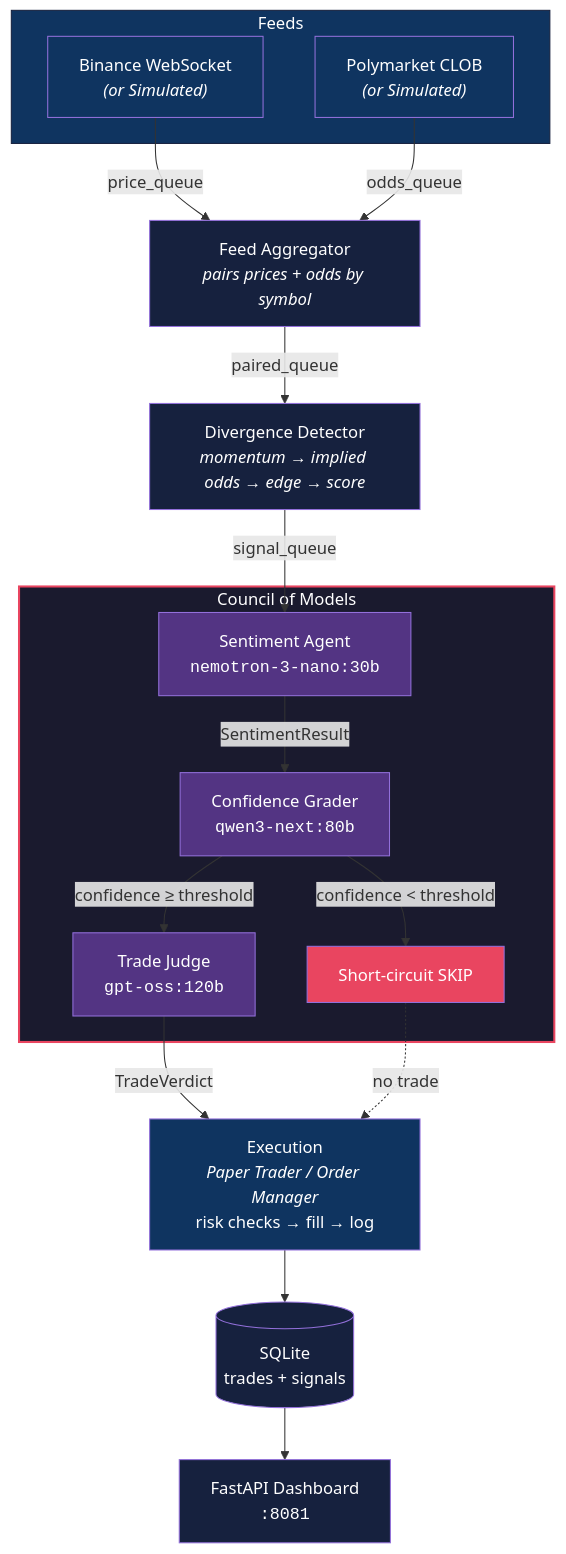
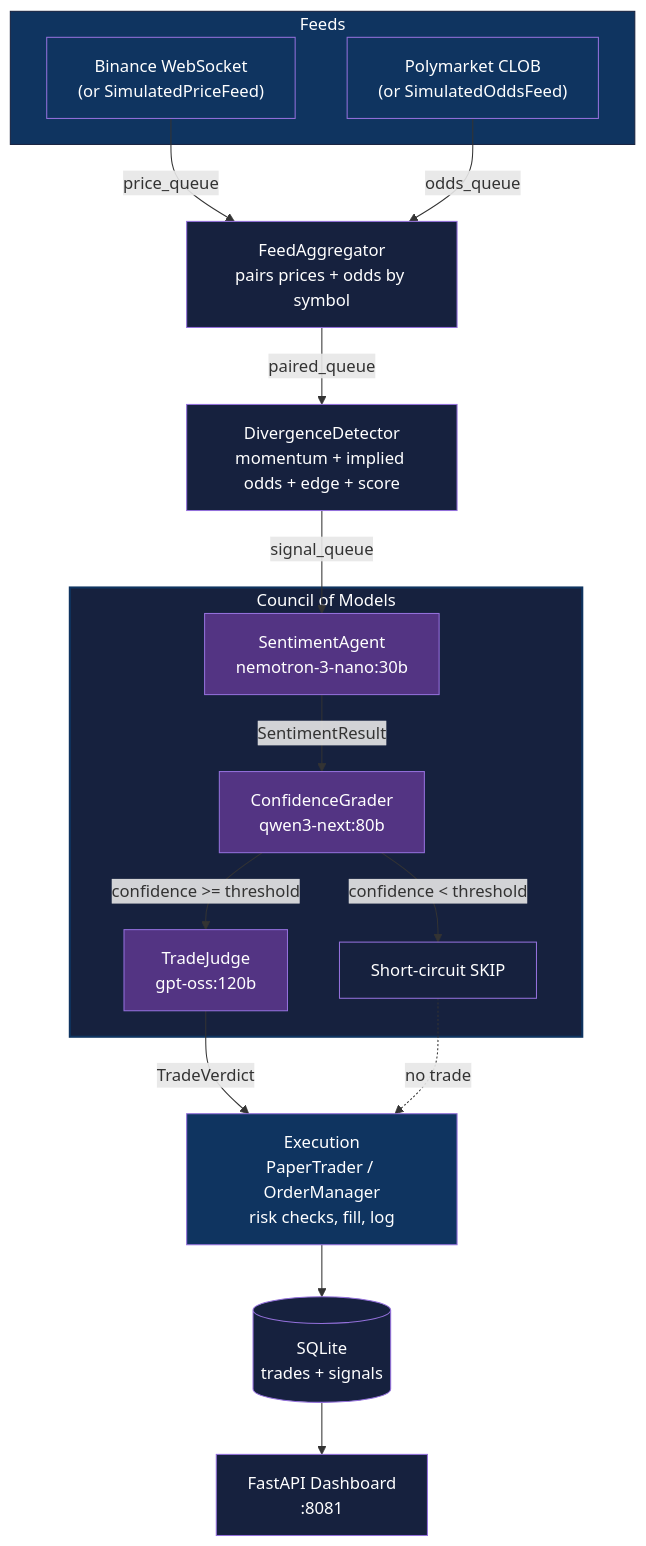
Before and after one commit to adityonugrohoid/polymarket-agent: the diagram in README.md, drawn with Mermaid. The commit also changed other lines of this file, not shown here.

````diff
--- a/README.md
+++ b/README.md
@@ -78,40 +78,40 @@
 ```mermaid
 graph TD
     subgraph Feeds
-        B["Binance WebSocket<br/><i>(or Simulated)</i>"]
-        P["Polymarket CLOB<br/><i>(or Simulated)</i>"]
+        B["Binance WebSocket<br/>(or SimulatedPriceFeed)"]
+        P["Polymarket CLOB<br/>(or SimulatedOddsFeed)"]
     end
 
-    B -->|price_queue| FA["Feed Aggregator<br/><i>pairs prices + odds by symbol</i>"]
+    B -->|price_queue| FA["FeedAggregator<br/>pairs prices + odds by symbol"]
     P -->|odds_queue| FA
 
-    FA -->|paired_queue| DD["Divergence Detector<br/><i>momentum → implied odds → edge → score</i>"]
+    FA -->|paired_queue| DD["DivergenceDetector<br/>momentum + implied odds + edge + score"]
 
-    DD -->|signal_queue| S["Sentiment Agent<br/><code>nemotron-3-nano:30b</code>"]
+    DD -->|signal_queue| S["SentimentAgent<br/>nemotron-3-nano:30b"]
 
     subgraph Council["Council of Models"]
-        S -->|SentimentResult| C["Confidence Grader<br/><code>qwen3-next:80b</code>"]
-        C -->|"confidence ≥ threshold"| J["Trade Judge<br/><code>gpt-oss:120b</code>"]
+        S -->|SentimentResult| C["ConfidenceGrader<br/>qwen3-next:80b"]
+        C -->|"confidence >= threshold"| J["TradeJudge<br/>gpt-oss:120b"]
         C -->|"confidence < threshold"| SKIP["Short-circuit SKIP"]
     end
 
-    J -->|TradeVerdict| EX["Execution<br/><i>Paper Trader / Order Manager</i><br/>risk checks → fill → log"]
+    J -->|TradeVerdict| EX["Execution<br/>PaperTrader / OrderManager<br/>risk checks, fill, log"]
     SKIP -.->|no trade| EX
 
     EX --> DB[("SQLite<br/>trades + signals")]
-    DB --> DASH["FastAPI Dashboard<br/><code>:8081</code>"]
+    DB --> DASH["FastAPI Dashboard<br/>:8081"]
 
-    style Council fill:#1a1a2e,stroke:#e94560,stroke-width:2px,color:#fff
     style Feeds fill:#0f3460,stroke:#16213e,stroke-width:1px,color:#fff
+    style Council fill:#16213e,stroke:#0f3460,stroke-width:2px,color:#fff
     style B fill:#0f3460,color:#fff
     style P fill:#0f3460,color:#fff
     style FA fill:#16213e,color:#fff
     style DD fill:#16213e,color:#fff
     style S fill:#533483,color:#fff
     style C fill:#533483,color:#fff
     style J fill:#533483,color:#fff
-    style SKIP fill:#e94560,color:#fff
+    style SKIP fill:#16213e,color:#fff
     style EX fill:#0f3460,color:#fff
     style DB fill:#16213e,color:#fff
     style DASH fill:#16213e,color:#fff
 ```
````
